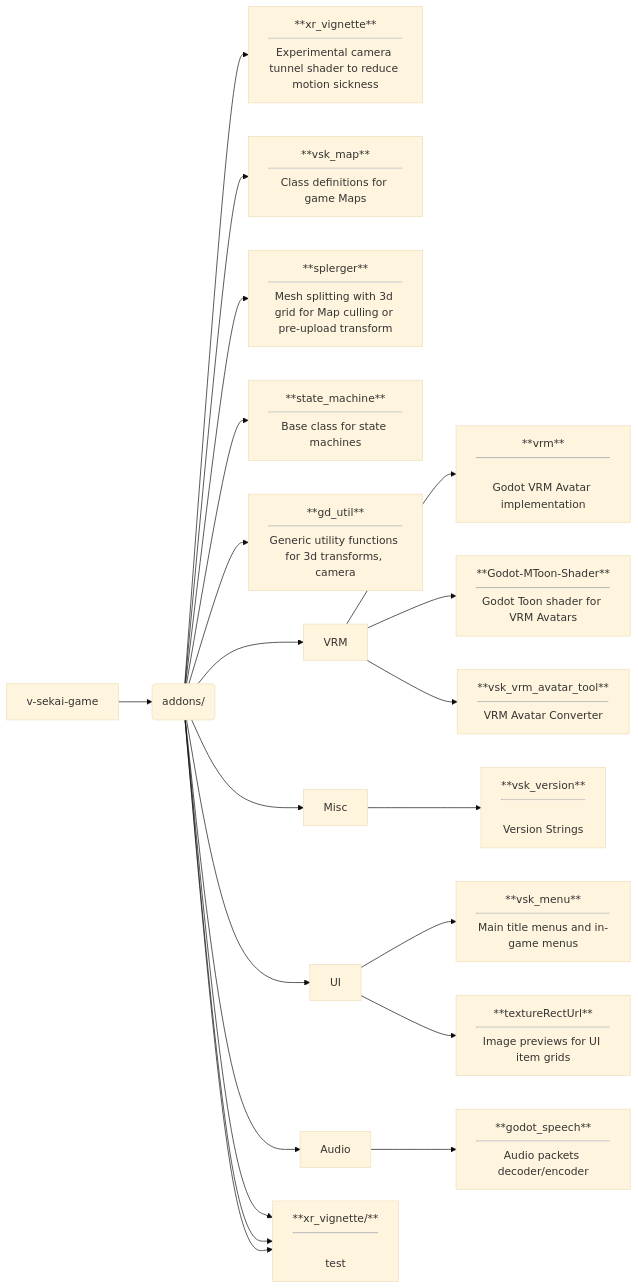
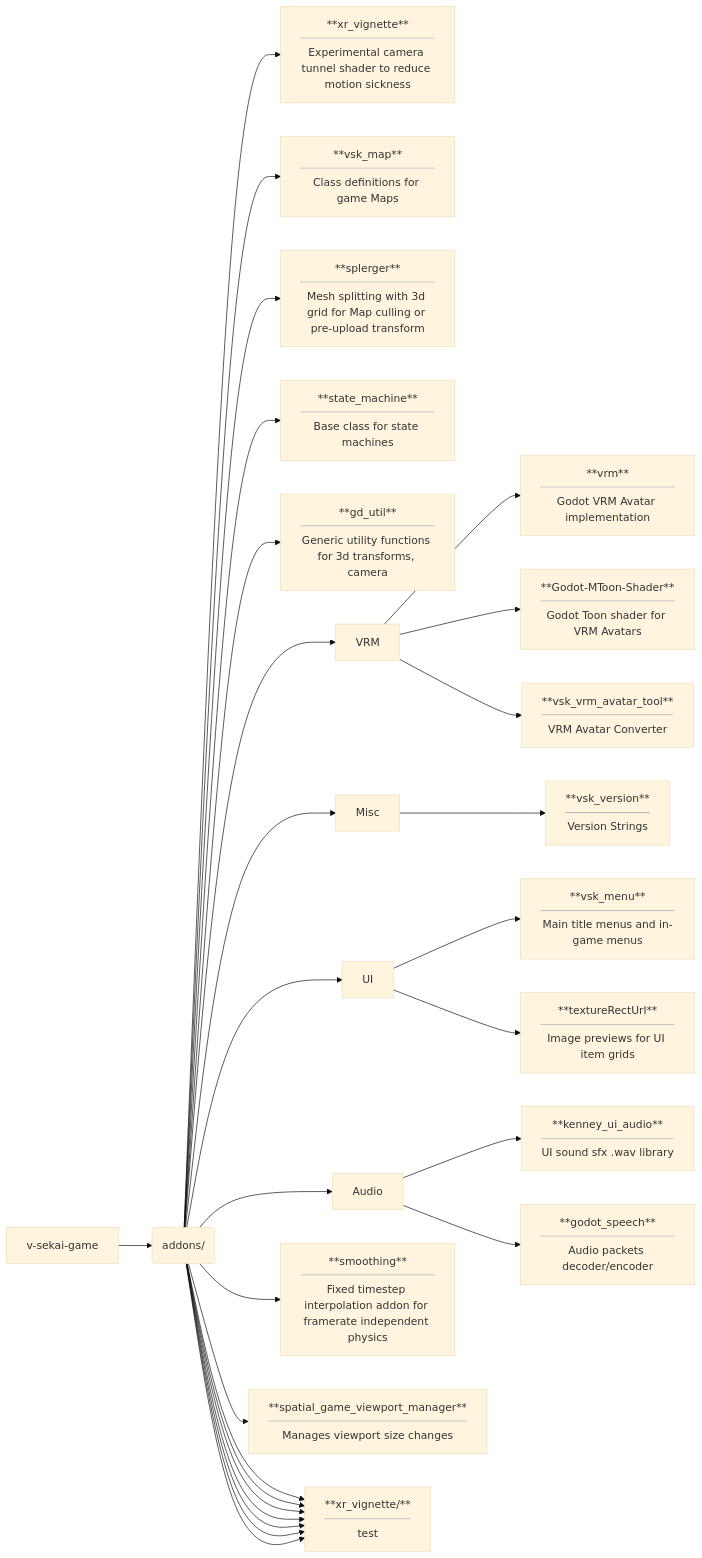
One commit to dragonhunt02/v-sekai-game changed the first of 3 diagrams in test.md. Above: the diagram before and after it, drawn with Mermaid (base theme).

````diff
--- a/test.md
+++ b/test.md
@@ -1,24 +1,30 @@
 ```mermaid
 flowchart LR
     A[v-sekai-game] --> B(addons/)
     B --> addon0[**xr_vignette**<hr>Experimental camera tunnel shader to reduce motion sickness]
     B --> addon4[**vsk_map**<hr>Class definitions for game Maps]
     B --> addon5[**splerger**<hr>Mesh splitting with 3d grid for Map culling or pre-upload transform]
     B --> addon6[**state_machine**<hr>Base class for state machines]
     B --> addon8[**gd_util**<hr>Generic utility functions for 3d transforms, camera]
     B --> VRM
-    VRM --> addon10[**vrm**<hr></br>Godot VRM Avatar implementation]
+    VRM --> addon10[**vrm**<hr>Godot VRM Avatar implementation]
     VRM --> addon11[**Godot-MToon-Shader**<hr>Godot Toon shader for VRM Avatars]
     VRM --> addon1[**vsk_vrm_avatar_tool**<hr>VRM Avatar Converter]
     B --> Misc
-    Misc --> addon2[**vsk_version**<hr></br>Version Strings]
+    Misc --> addon2[**vsk_version**<hr>Version Strings]
     B --> UI
     UI --> addon3[**vsk_menu**<hr>Main title menus and in-game menus]
     UI --> addon7[**textureRectUrl**<hr>Image previews for UI item grids]
     B --> Audio
+    Audio --> addon14[**kenney_ui_audio**<hr>UI sound sfx .wav library]
     Audio --> addon9[**godot_speech**<hr>Audio packets decoder/encoder]
-    B --> addon[**xr_vignette/**<hr></br>test]
-    B --> addon[**xr_vignette/**<hr></br>test]
-    B --> addon[**xr_vignette/**<hr></br>test]
-
+    B --> addon12[**smoothing**<hr>Fixed timestep interpolation addon for framerate independent physics]
+    B --> addon13[**spatial_game_viewport_manager**<hr>Manages viewport size changes]
+    B --> addon15[**xr_vignette/**<hr>test]
+    B --> addon15[**xr_vignette/**<hr>test]
+    B --> addon15[**xr_vignette/**<hr>test]
+    B --> addon15[**xr_vignette/**<hr>test]
+    B --> addon15[**xr_vignette/**<hr>test]
+    B --> addon15[**xr_vignette/**<hr>test]
+    B --> addon15[**xr_vignette/**<hr>test]
 ```
````
